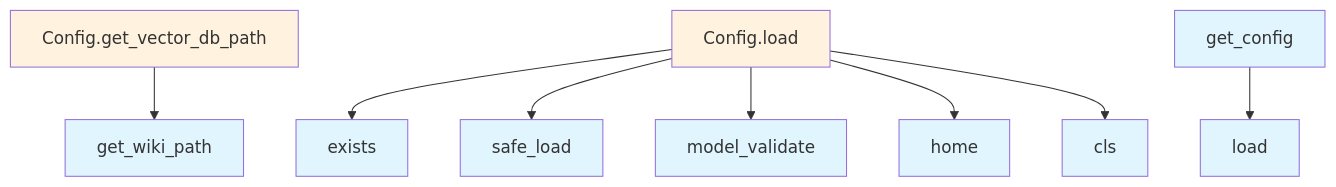
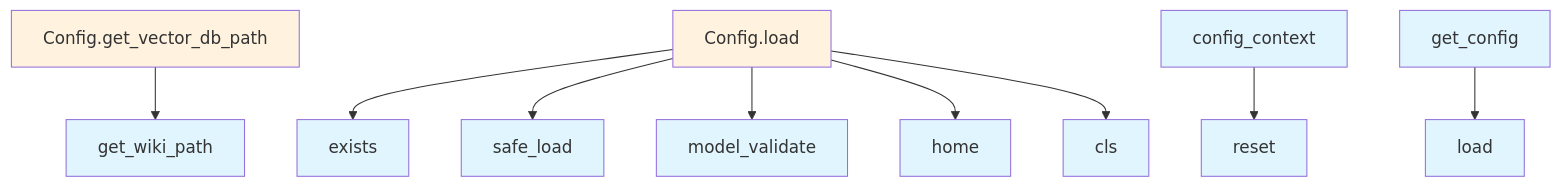
The second of 2 diagrams in .deepwiki/files/src/local_deepwiki/config.md (UrbanDiver/local-deepwiki-mcp), drawn with Mermaid before and after one commit. The commit also changed other lines of this file and 30 other files, not shown here.

````diff
--- a/.deepwiki/files/src/local_deepwiki/config.md
+++ b/.deepwiki/files/src/local_deepwiki/config.md
@@ -273,24 +340,27 @@
 ```mermaid
 flowchart TD
     N0[Config.get_vector_db_path]
     N1[Config.load]
     N2[cls]
-    N3[exists]
-    N4[get_config]
-    N5[get_wiki_path]
-    N6[home]
-    N7[load]
-    N8[model_validate]
-    N9[safe_load]
-    N4 --> N7
-    N1 --> N3
+    N3[config_context]
+    N4[exists]
+    N5[get_config]
+    N6[get_wiki_path]
+    N7[home]
+    N8[load]
+    N9[model_validate]
+    N10[reset]
+    N11[safe_load]
+    N5 --> N8
+    N3 --> N10
+    N1 --> N4
+    N1 --> N11
     N1 --> N9
-    N1 --> N8
-    N1 --> N6
+    N1 --> N7
     N1 --> N2
-    N0 --> N5
+    N0 --> N6
     classDef func fill:#e1f5fe
-    class N2,N3,N4,N5,N6,N7,N8,N9 func
+    class N2,N3,N4,N5,N6,N7,N8,N9,N10,N11 func
     classDef method fill:#fff3e0
     class N0,N1 method
 ```
````
